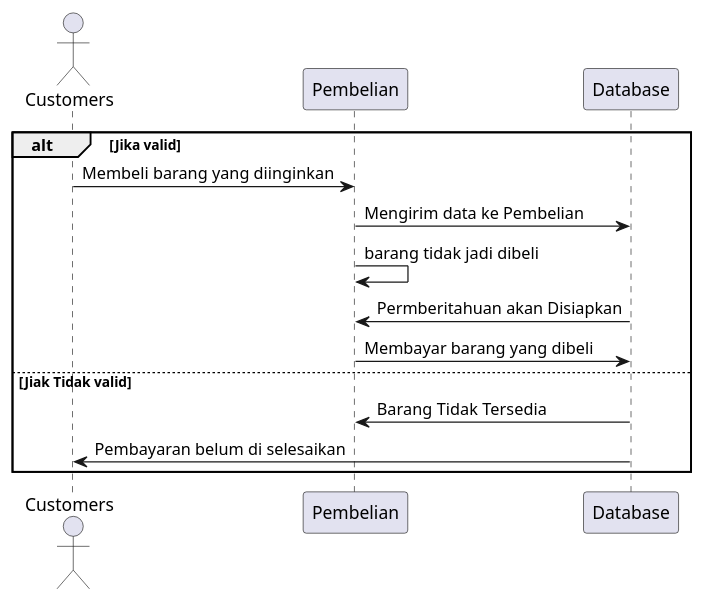
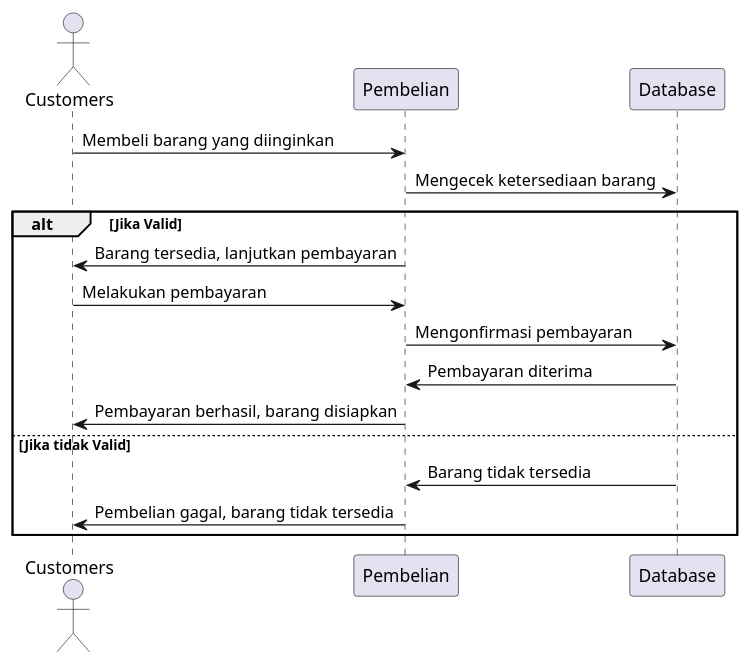
The diagram in pembelisequence.puml (AzmiAli96/projek), drawn with PlantUML before and after one commit. The commit also changed 4 other files, not shown here.

Commit message:
sequence

```diff
--- a/pembelisequence.puml
+++ b/pembelisequence.puml
@@ -1,20 +1,22 @@
 @startuml
 
-Actor Customers
+actor Customers
 participant "Pembelian" as Pembelian
 participant "Database" as DB
 
-alt Jika valid 
-    Customers -> Pembelian: Membeli barang yang diinginkan
-    Pembelian -> DB: Mengirim data ke Pembelian
-    Pembelian -> Pembelian: barang tidak jadi dibeli
-    DB -> Pembelian: Permberitahuan akan Disiapkan
-    Pembelian -> DB: Membayar barang yang dibeli
+Customers -> Pembelian: Membeli barang yang diinginkan
+Pembelian -> DB: Mengecek ketersediaan barang
 
-else Jiak Tidak valid
-    DB -> Pembelian: Barang Tidak Tersedia
-    DB -> Customers: Pembayaran belum di selesaikan
+alt Jika Valid
+    Pembelian -> Customers: Barang tersedia, lanjutkan pembayaran
+    Customers -> Pembelian: Melakukan pembayaran
+    Pembelian -> DB: Mengonfirmasi pembayaran
+    DB -> Pembelian: Pembayaran diterima
+    Pembelian -> Customers: Pembayaran berhasil, barang disiapkan
+
+else Jika tidak Valid
+    DB -> Pembelian: Barang tidak tersedia
+    Pembelian -> Customers: Pembelian gagal, barang tidak tersedia
 end
 
-
 @enduml
```
